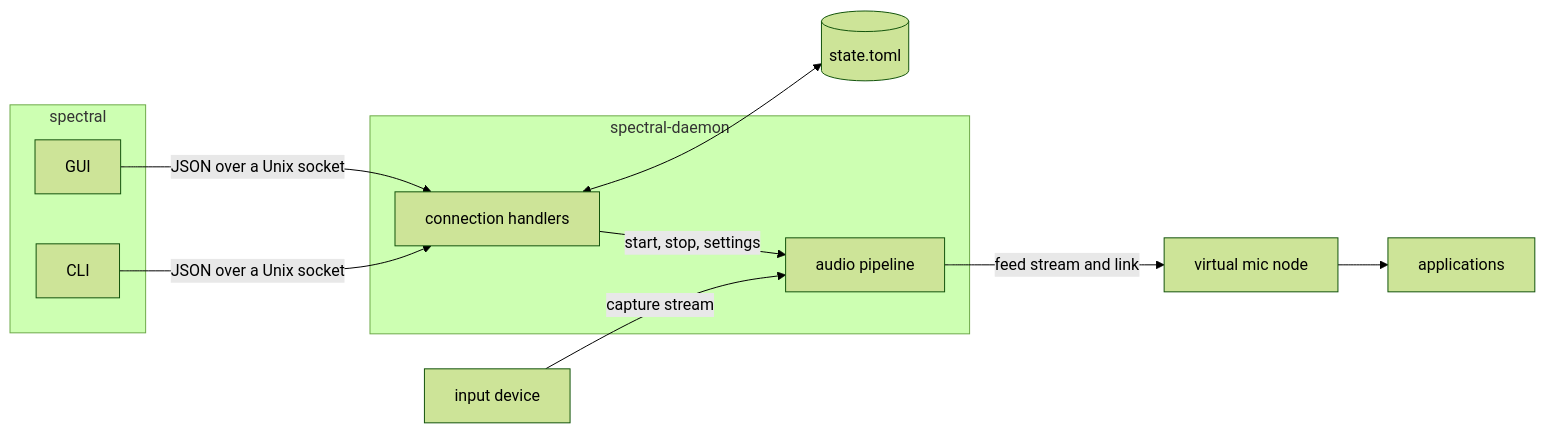
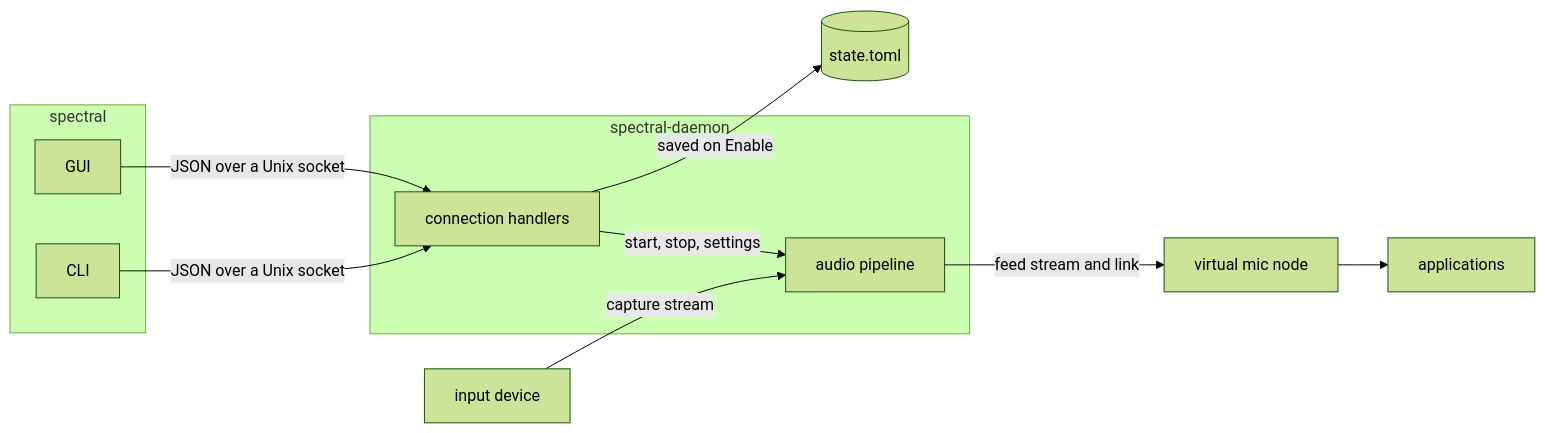
The first of 4 diagrams in docs/ARCHITECTURE.md (mmclinton/spectral), drawn with Mermaid (forest theme) before and after one commit. The commit also changed other lines of this file and 1 other file, not shown here.

First line of the commit message:
docs(architecture): correct what the rewrite got wrong about connections and threads

````diff
--- a/docs/ARCHITECTURE.md
+++ b/docs/ARCHITECTURE.md
@@ -9,23 +9,23 @@
 ```mermaid
 flowchart LR
     subgraph client["spectral"]
         GUI["GUI"]
         CLI["CLI"]
     end
     subgraph daemon["spectral-daemon"]
         HANDLERS["connection handlers"]
         PIPELINE["audio pipeline"]
     end
     DEVICE["input device"]
     MIC["virtual mic node"]
     STATE[("state.toml")]
     APPS["applications"]
 
     GUI -- "JSON over a Unix socket" --> HANDLERS
     CLI -- "JSON over a Unix socket" --> HANDLERS
-    HANDLERS <--> STATE
+    HANDLERS -- "saved on Enable" --> STATE
     HANDLERS -- "start, stop, settings" --> PIPELINE
     DEVICE -- "capture stream" --> PIPELINE
     PIPELINE -- "feed stream and link" --> MIC
     MIC --> APPS
 ```
````
